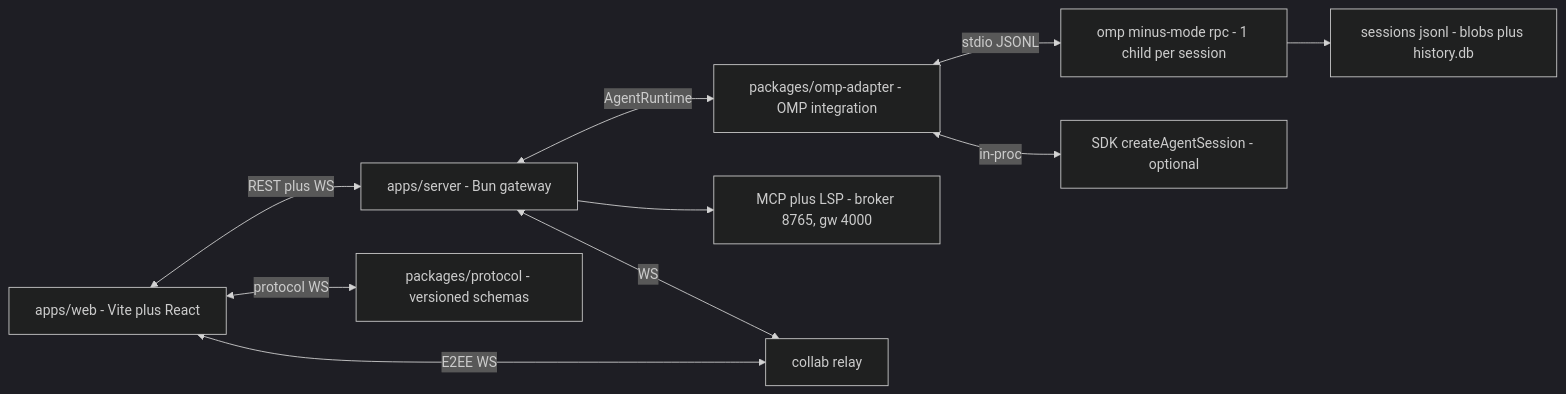
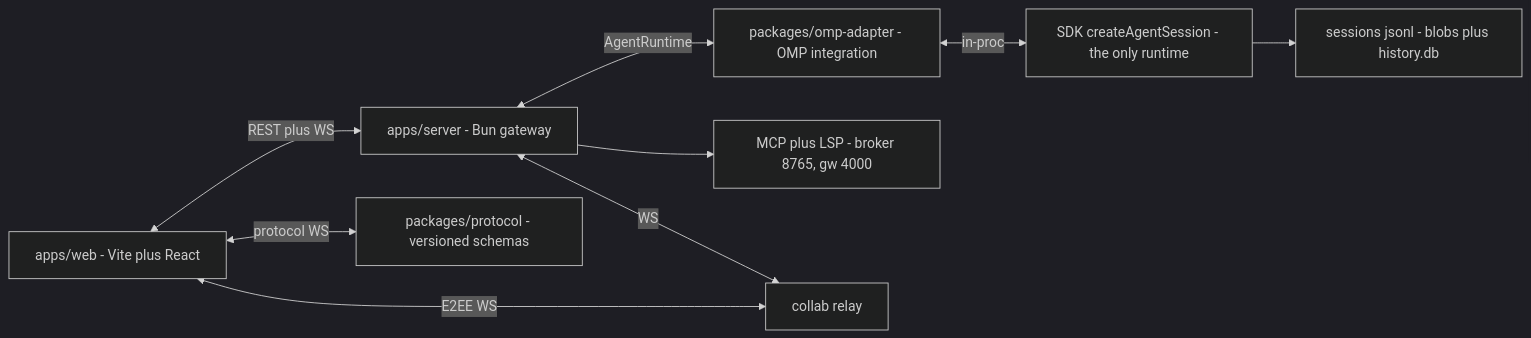
One commit to phonnt/ai-gui changed the diagram in docs/architecture.md. Above: the diagram before and after it, drawn with Mermaid (dark theme). The commit also changed other lines of this file and 16 other files, not shown here.

First line of the commit message:
feat!: SDK-only runtime plus inline goal strip

````diff
--- a/docs/architecture.md
+++ b/docs/architecture.md
@@ -40,12 +40,11 @@
 ```mermaid
 flowchart LR
     WEB["apps/web - Vite plus React"] <-->|REST plus WS| SRV["apps/server - Bun gateway"]
     SRV <-->|AgentRuntime| ADP["packages/omp-adapter - OMP integration"]
-    ADP <-->|stdio JSONL| OMP["omp minus-mode rpc - 1 child per session"]
-    ADP <-->|in-proc| SDK["SDK createAgentSession - optional"]
-    OMP --> FS["sessions jsonl - blobs plus history.db"]
+    ADP <-->|in-proc| SDK["SDK createAgentSession - the only runtime"]
+    SDK --> FS["sessions jsonl - blobs plus history.db"]
     SRV --> MCP["MCP plus LSP - broker 8765, gw 4000"]
     WEB <-->|protocol WS| PROTO["packages/protocol - versioned schemas"]
     WEB <-->|E2EE WS| RELAY["collab relay"]
     SRV <-->|WS| RELAY
 ```
````
